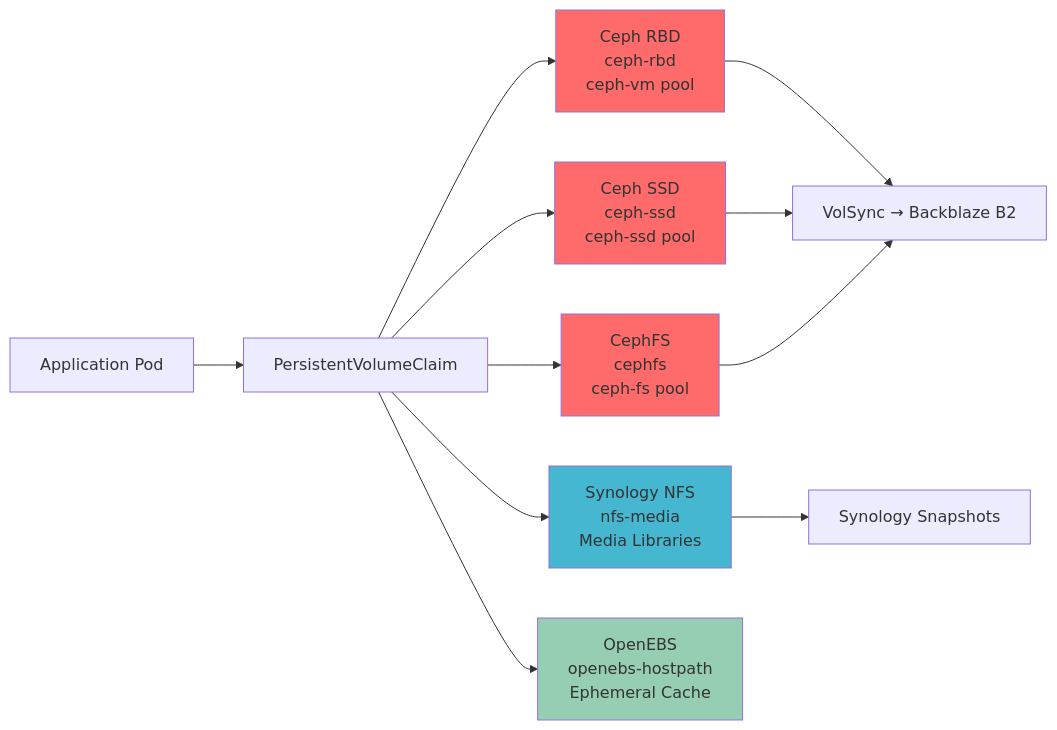
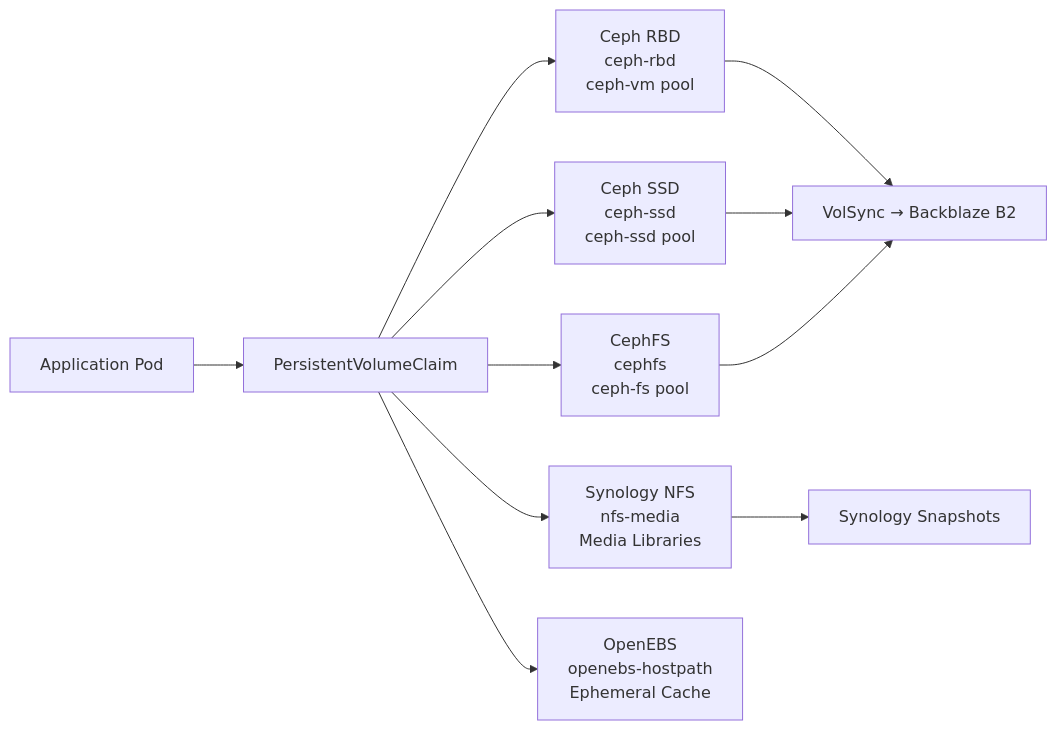
One commit to tscibilia/home-ops changed the second of 3 diagrams in docs/infrastructure/architecture.md. Above: the diagram before and after it, drawn with Mermaid. The commit also changed other lines of this file and 9 other files, not shown here.

````diff
--- a/docs/infrastructure/architecture.md
+++ b/docs/infrastructure/architecture.md
@@ -246,21 +209,15 @@
 ```mermaid
 graph LR
     APP[Application Pod] --> PVC[PersistentVolumeClaim]
 
     PVC --> RBD[Ceph RBD<br/>ceph-rbd<br/>ceph-vm pool]
     PVC --> SSD[Ceph SSD<br/>ceph-ssd<br/>ceph-ssd pool]
     PVC --> CEPHFS[CephFS<br/>cephfs<br/>ceph-fs pool]
     PVC --> NFS[Synology NFS<br/>nfs-media<br/>Media Libraries]
     PVC --> LOCAL[OpenEBS<br/>openebs-hostpath<br/>Ephemeral Cache]
 
     RBD --> BACKUP1[VolSync → Backblaze B2]
     SSD --> BACKUP1
     CEPHFS --> BACKUP1
     NFS --> BACKUP2[Synology Snapshots]
-
-    style RBD fill:#ff6b6b
-    style SSD fill:#ff6b6b
-    style CEPHFS fill:#ff6b6b
-    style NFS fill:#45b7d1
-    style LOCAL fill:#96ceb4
 ```
````
